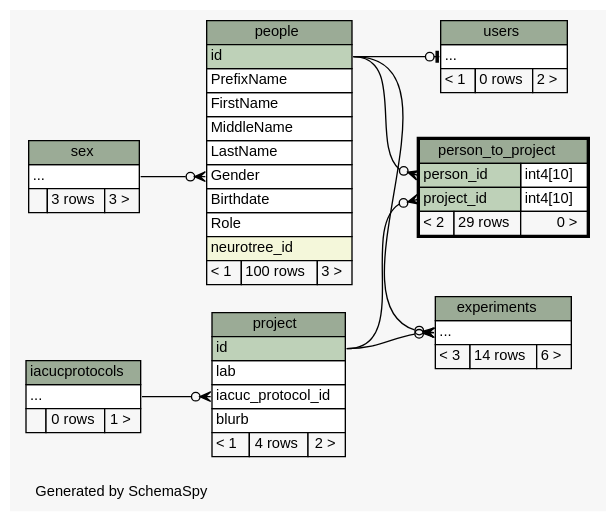
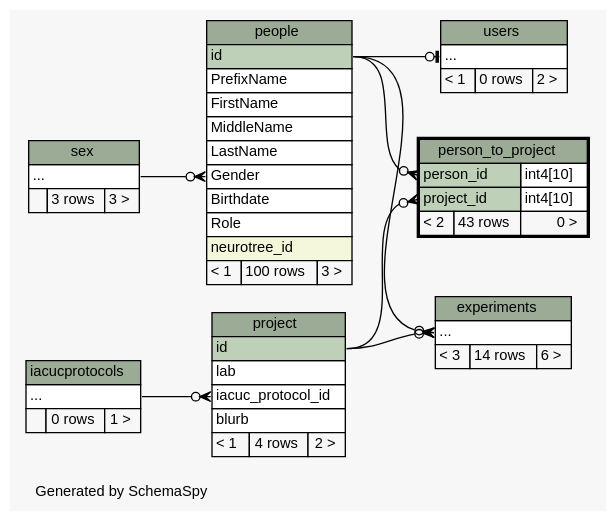
The diagram in database/ss/diagrams/person_to_project.2degrees.dot (tgbugs/mlab), drawn with Graphviz before and after one commit. The commit also changed 221 other files, not shown here.

```diff
--- a/database/ss/diagrams/person_to_project.2degrees.dot
+++ b/database/ss/diagrams/person_to_project.2degrees.dot
@@ -1,111 +1,111 @@
 // dot 2.34.0 on Windows 7 6.1
 // SchemaSpy rev 590
 digraph "twoDegreesRelationshipsDiagram" {
   graph [
     rankdir="RL"
     bgcolor="#f7f7f7"
     label="\nGenerated by SchemaSpy"
     labeljust="l"
     nodesep="0.18"
     ranksep="0.46"
     fontname="Helvetica"
     fontsize="11"
   ];
   node [
     fontname="Helvetica"
     fontsize="11"
     shape="plaintext"
   ];
   edge [
     arrowsize="0.8"
   ];
   "experiments":"elipses":w -> "people":"id":e [arrowhead=none dir=back arrowtail=crowodot];
   "experiments":"elipses":w -> "project":"id":e [arrowhead=none dir=back arrowtail=crowodot];
   "people":"Gender":w -> "sex":"elipses":e [arrowhead=none dir=back arrowtail=crowodot];
   "person_to_project":"person_id":w -> "people":"id":e [arrowhead=none dir=back arrowtail=crowodot];
   "person_to_project":"project_id":w -> "project":"id":e [arrowhead=none dir=back arrowtail=crowodot];
   "project":"iacuc_protocol_id":w -> "iacucprotocols":"elipses":e [arrowhead=none dir=back arrowtail=crowodot];
   "users":"elipses":w -> "people":"id":e [arrowhead=none dir=back arrowtail=teeodot];
   "experiments" [
     label=<
     <TABLE BORDER="0" CELLBORDER="1" CELLSPACING="0" BGCOLOR="#ffffff">
       <TR><TD COLSPAN="3" BGCOLOR="#9bab96" ALIGN="CENTER">experiments</TD></TR>
       <TR><TD PORT="elipses" COLSPAN="3" ALIGN="LEFT">...</TD></TR>
       <TR><TD ALIGN="LEFT" BGCOLOR="#f7f7f7">&lt; 3</TD><TD ALIGN="RIGHT" BGCOLOR="#f7f7f7">14 rows</TD><TD ALIGN="RIGHT" BGCOLOR="#f7f7f7">6 &gt;</TD></TR>
     </TABLE>>
     URL="experiments.html"
     tooltip="experiments"
   ];
   "iacucprotocols" [
     label=<
     <TABLE BORDER="0" CELLBORDER="1" CELLSPACING="0" BGCOLOR="#ffffff">
       <TR><TD COLSPAN="3" BGCOLOR="#9bab96" ALIGN="CENTER">iacucprotocols</TD></TR>
       <TR><TD PORT="elipses" COLSPAN="3" ALIGN="LEFT">...</TD></TR>
       <TR><TD ALIGN="LEFT" BGCOLOR="#f7f7f7">  </TD><TD ALIGN="RIGHT" BGCOLOR="#f7f7f7">0 rows</TD><TD ALIGN="RIGHT" BGCOLOR="#f7f7f7">1 &gt;</TD></TR>
     </TABLE>>
     URL="iacucprotocols.html"
     tooltip="iacucprotocols"
   ];
   "people" [
     label=<
     <TABLE BORDER="0" CELLBORDER="1" CELLSPACING="0" BGCOLOR="#ffffff">
       <TR><TD COLSPAN="3" BGCOLOR="#9bab96" ALIGN="CENTER">people</TD></TR>
       <TR><TD PORT="id" COLSPAN="3" BGCOLOR="#bed1b8" ALIGN="LEFT">id</TD></TR>
       <TR><TD PORT="PrefixName" COLSPAN="3" ALIGN="LEFT">PrefixName</TD></TR>
       <TR><TD PORT="FirstName" COLSPAN="3" ALIGN="LEFT">FirstName</TD></TR>
       <TR><TD PORT="MiddleName" COLSPAN="3" ALIGN="LEFT">MiddleName</TD></TR>
       <TR><TD PORT="LastName" COLSPAN="3" ALIGN="LEFT">LastName</TD></TR>
       <TR><TD PORT="Gender" COLSPAN="3" ALIGN="LEFT">Gender</TD></TR>
       <TR><TD PORT="Birthdate" COLSPAN="3" ALIGN="LEFT">Birthdate</TD></TR>
       <TR><TD PORT="Role" COLSPAN="3" ALIGN="LEFT">Role</TD></TR>
       <TR><TD PORT="neurotree_id" COLSPAN="3" BGCOLOR="#f4f7da" ALIGN="LEFT">neurotree_id</TD></TR>
       <TR><TD ALIGN="LEFT" BGCOLOR="#f7f7f7">&lt; 1</TD><TD ALIGN="RIGHT" BGCOLOR="#f7f7f7">100 rows</TD><TD ALIGN="RIGHT" BGCOLOR="#f7f7f7">3 &gt;</TD></TR>
     </TABLE>>
     URL="people.html"
     tooltip="people"
   ];
   "person_to_project" [
     label=<
     <TABLE BORDER="2" CELLBORDER="1" CELLSPACING="0" BGCOLOR="#ffffff">
       <TR><TD COLSPAN="3" BGCOLOR="#9bab96" ALIGN="CENTER">person_to_project</TD></TR>
       <TR><TD PORT="person_id" COLSPAN="2" BGCOLOR="#bed1b8" ALIGN="LEFT">person_id</TD><TD PORT="person_id.type" ALIGN="LEFT">int4[10]</TD></TR>
       <TR><TD PORT="project_id" COLSPAN="2" BGCOLOR="#bed1b8" ALIGN="LEFT">project_id</TD><TD PORT="project_id.type" ALIGN="LEFT">int4[10]</TD></TR>
-      <TR><TD ALIGN="LEFT" BGCOLOR="#f7f7f7">&lt; 2</TD><TD ALIGN="RIGHT" BGCOLOR="#f7f7f7">29 rows</TD><TD ALIGN="RIGHT" BGCOLOR="#f7f7f7">0 &gt;</TD></TR>
+      <TR><TD ALIGN="LEFT" BGCOLOR="#f7f7f7">&lt; 2</TD><TD ALIGN="RIGHT" BGCOLOR="#f7f7f7">43 rows</TD><TD ALIGN="RIGHT" BGCOLOR="#f7f7f7">0 &gt;</TD></TR>
     </TABLE>>
     URL="person_to_project.html"
     tooltip="person_to_project"
   ];
   "project" [
     label=<
     <TABLE BORDER="0" CELLBORDER="1" CELLSPACING="0" BGCOLOR="#ffffff">
       <TR><TD COLSPAN="3" BGCOLOR="#9bab96" ALIGN="CENTER">project</TD></TR>
       <TR><TD PORT="id" COLSPAN="3" BGCOLOR="#bed1b8" ALIGN="LEFT">id</TD></TR>
       <TR><TD PORT="lab" COLSPAN="3" ALIGN="LEFT">lab</TD></TR>
       <TR><TD PORT="iacuc_protocol_id" COLSPAN="3" ALIGN="LEFT">iacuc_protocol_id</TD></TR>
       <TR><TD PORT="blurb" COLSPAN="3" ALIGN="LEFT">blurb</TD></TR>
       <TR><TD ALIGN="LEFT" BGCOLOR="#f7f7f7">&lt; 1</TD><TD ALIGN="RIGHT" BGCOLOR="#f7f7f7">4 rows</TD><TD ALIGN="RIGHT" BGCOLOR="#f7f7f7">2 &gt;</TD></TR>
     </TABLE>>
     URL="project.html"
     tooltip="project"
   ];
   "sex" [
     label=<
     <TABLE BORDER="0" CELLBORDER="1" CELLSPACING="0" BGCOLOR="#ffffff">
       <TR><TD COLSPAN="3" BGCOLOR="#9bab96" ALIGN="CENTER">sex</TD></TR>
       <TR><TD PORT="elipses" COLSPAN="3" ALIGN="LEFT">...</TD></TR>
       <TR><TD ALIGN="LEFT" BGCOLOR="#f7f7f7">  </TD><TD ALIGN="RIGHT" BGCOLOR="#f7f7f7">3 rows</TD><TD ALIGN="RIGHT" BGCOLOR="#f7f7f7">3 &gt;</TD></TR>
     </TABLE>>
     URL="sex.html"
     tooltip="sex"
   ];
   "users" [
     label=<
     <TABLE BORDER="0" CELLBORDER="1" CELLSPACING="0" BGCOLOR="#ffffff">
       <TR><TD COLSPAN="3" BGCOLOR="#9bab96" ALIGN="CENTER">users</TD></TR>
       <TR><TD PORT="elipses" COLSPAN="3" ALIGN="LEFT">...</TD></TR>
       <TR><TD ALIGN="LEFT" BGCOLOR="#f7f7f7">&lt; 1</TD><TD ALIGN="RIGHT" BGCOLOR="#f7f7f7">0 rows</TD><TD ALIGN="RIGHT" BGCOLOR="#f7f7f7">2 &gt;</TD></TR>
     </TABLE>>
     URL="users.html"
     tooltip="users"
   ];
 }
```
